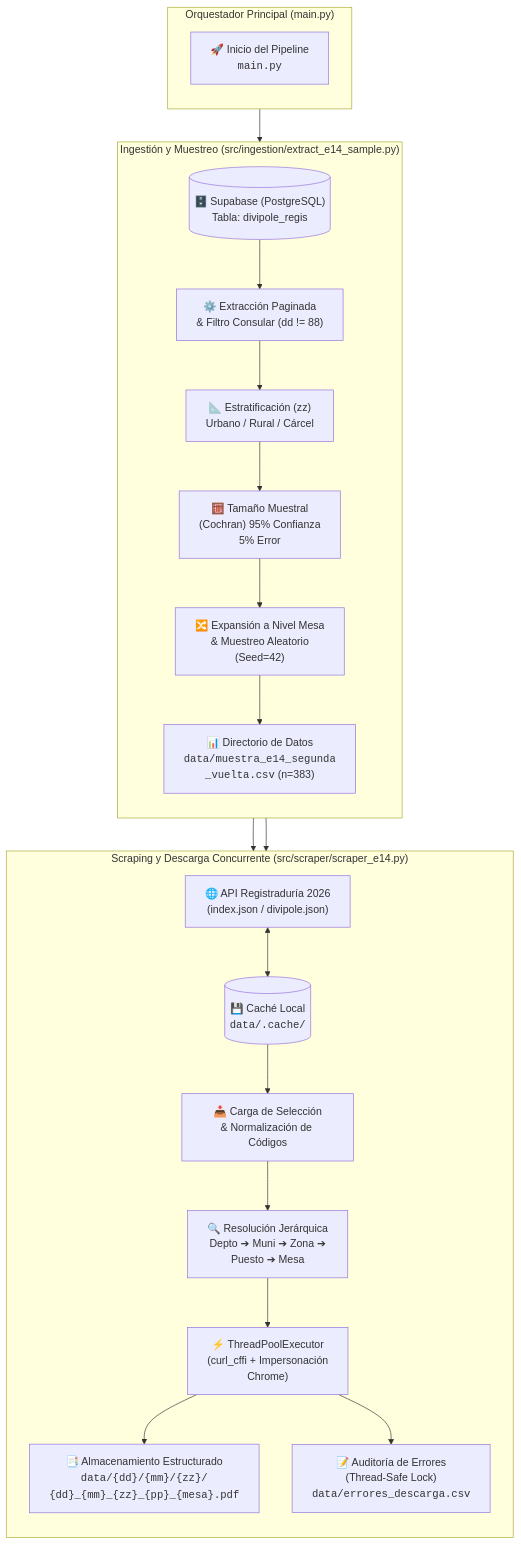
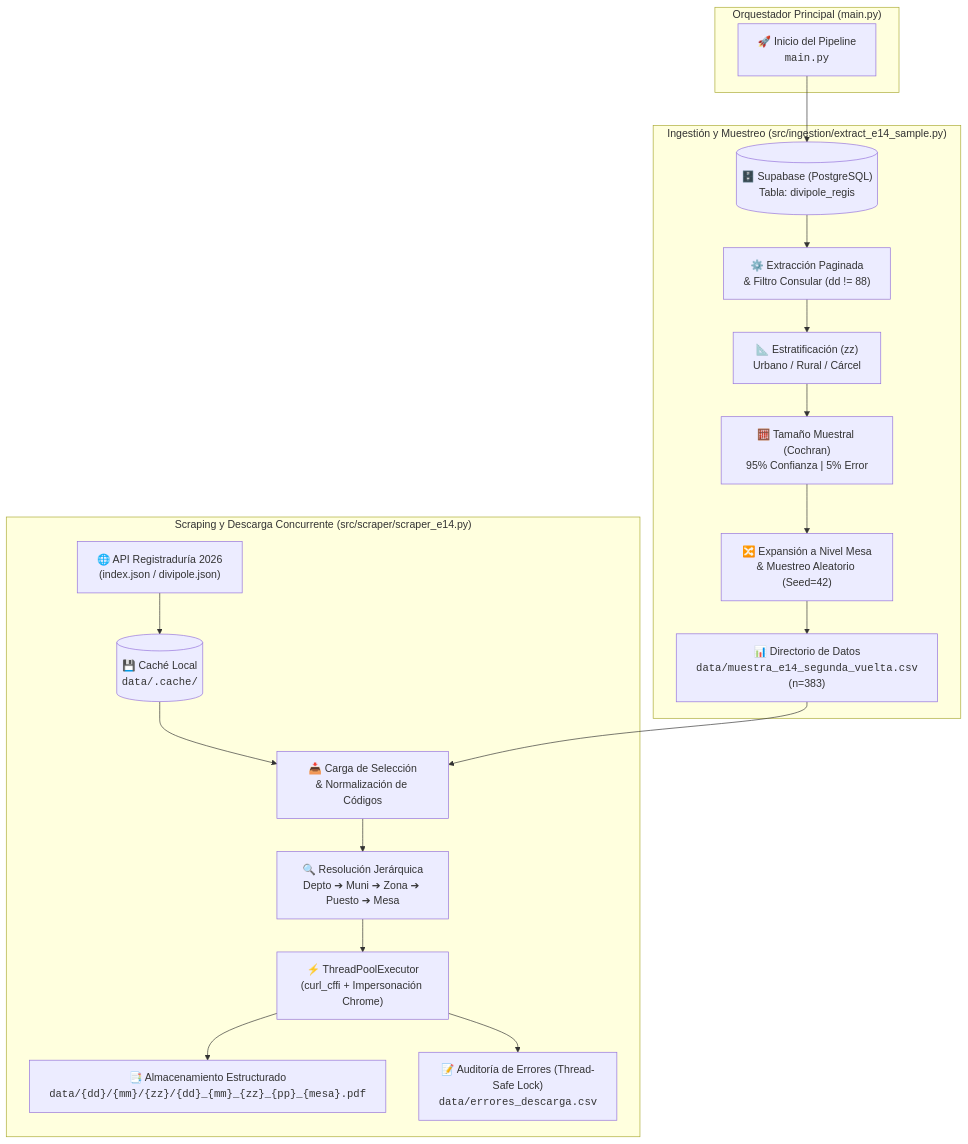
Before and after one commit to MiganGalban/e14-vision-ocr-pipeline: the diagram in README.md, drawn with Mermaid.

Commit message:
docs(readme): se mejoro visualizacion de arquitectura

````diff
--- a/README.md
+++ b/README.md
@@ -15,31 +15,30 @@
 ```mermaid
 flowchart TD
     subgraph ORQ [" Orquestador Principal (main.py) "]
-        direction TB
         M["🚀 Inicio del Pipeline<br><code>main.py</code>"]
     end
 
     subgraph Script1 [" Ingestión y Muestreo (src/ingestion/extract_e14_sample.py) "]
-        direction TB
-        SB[("🗄️ Supabase (PostgreSQL)<br>Tabla: divipole_regis")] --> EXT["⚙️ Extracción Paginada<br>& Filtro Consular (dd != 88)"]
-        EXT --> STRAT["📐 Estratificación (zz)<br>Urbano / Rural / Cárcel"]
-        STRAT --> COCH["🧮 Tamaño Muestral<br>(Cochran) 95% Confianza<br>5% Error"]
-        COCH --> EXP["🔀 Expansión a Nivel Mesa<br>& Muestreo Aleatorio<br>(Seed=42)"]
-        EXP --> CSV1["📊 Directorio de Datos<br><code>data/muestra_e14_segunda<br>_vuelta.csv</code> (n=383)"]
+        SB[("🗄️ Supabase (PostgreSQL)<br>Tabla: divipole_regis")]
+        EXT["⚙️ Extracción Paginada<br>& Filtro Consular (dd != 88)"]
+        STRAT["📐 Estratificación (zz)<br>Urbano / Rural / Cárcel"]
+        COCH["🧮 Tamaño Muestral (Cochran)<br>95% Confianza | 5% Error"]
+        EXP["🔀 Expansión a Nivel Mesa<br>& Muestreo Aleatorio (Seed=42)"]
+        CSV1["📊 Directorio de Datos<br><code>data/muestra_e14_segunda_vuelta.csv</code><br>(n=383)"]
+
+        SB --> EXT --> STRAT --> COCH --> EXP --> CSV1
     end
 
     subgraph Script2 [" Scraping y Descarga Concurrente (src/scraper/scraper_e14.py) "]
-        direction TB
-        API["🌐 API Registraduría 2026<br>(index.json / divipole.json)"] <--> CACHE[("💾 Caché Local<br><code>data/.cache/</code>")]
-        CSV1 --> LOAD["📥 Carga de Selección<br>& Normalización de Códigos"]
-        CACHE --> LOAD
-        LOAD --> RESOLV["🔍 Resolución Jerárquica<br>Depto ➔ Muni ➔ Zona ➔<br>Puesto ➔ Mesa"]
-        RESOLV --> POOL["⚡ ThreadPoolExecutor<br>(curl_cffi + Impersonación<br>Chrome)"]
+        API["🌐 API Registraduría 2026<br>(index.json / divipole.json)"] --> CACHE[("💾 Caché Local<br><code>data/.cache/</code>")]
+        CACHE --> LOAD["📥 Carga de Selección<br>& Normalización de Códigos"]
+        LOAD --> RESOLV["🔍 Resolución Jerárquica<br>Depto ➔ Muni ➔ Zona ➔ Puesto ➔ Mesa"]
+        RESOLV --> POOL["⚡ ThreadPoolExecutor<br>(curl_cffi + Impersonación Chrome)"]
         
-        POOL --> PDF["📑 Almacenamiento Estructurado<br><code>data/{dd}/{mm}/{zz}/<br>{dd}_{mm}_{zz}_{pp}_{mesa}.pdf</code>"]
-        POOL --> ERR["📝 Auditoría de Errores<br>(Thread-Safe Lock)<br><code>data/errores_descarga.csv</code>"]
+        POOL --> PDF["📑 Almacenamiento Estructurado<br><code>data/{dd}/{mm}/{zz}/{dd}_{mm}_{zz}_{pp}_{mesa}.pdf</code>"]
+        POOL --> ERR["📝 Auditoría de Errores (Thread-Safe Lock)<br><code>data/errores_descarga.csv</code>"]
     end
 
-    ORQ --> Script1
-    Script1 --> Script2
+    M --> SB
+    CSV1 --> LOAD
 ```
````
